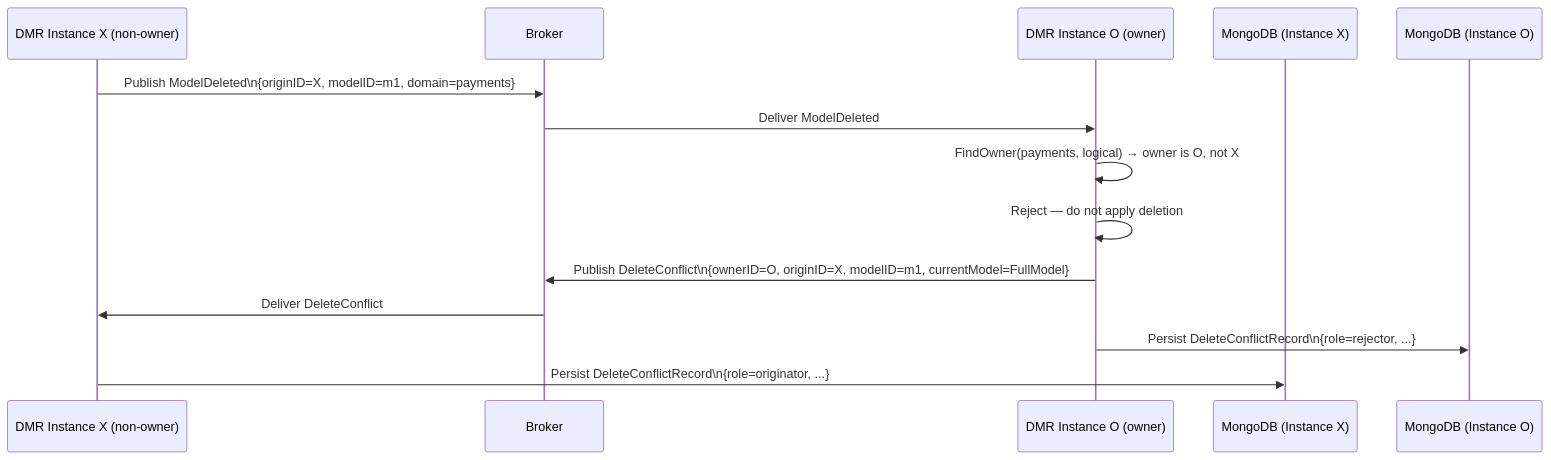
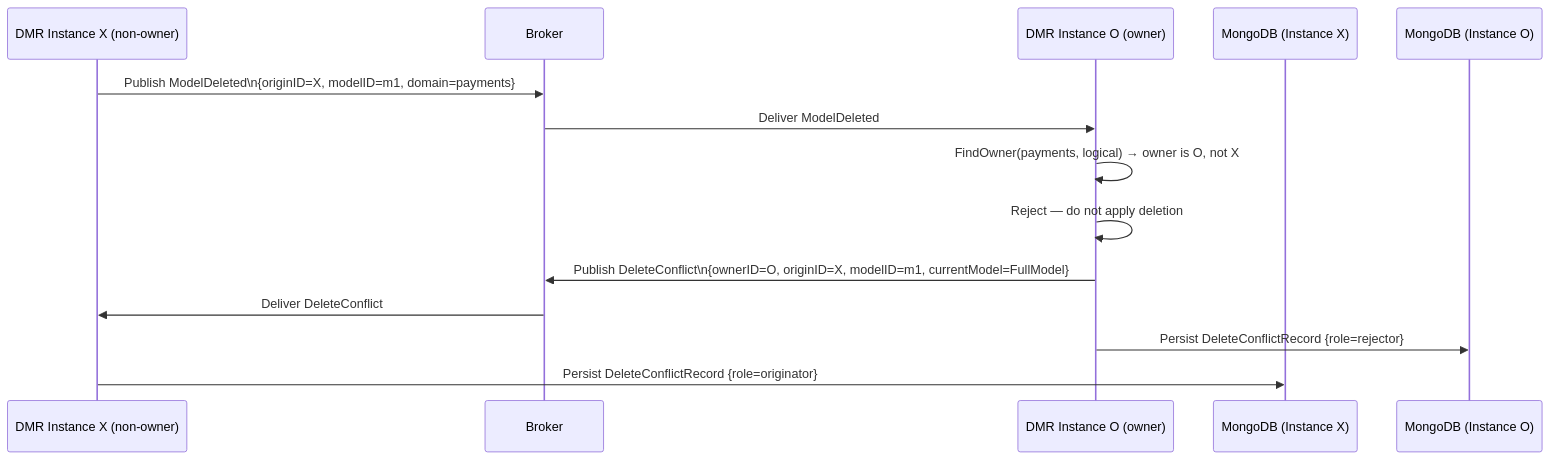
The sixth of 17 diagrams in data-model-registry/dmr-sync-design.md (emirbh/misc), drawn with Mermaid before and after one commit. The commit also changed other lines of this file, not shown here.

````diff
--- a/data-model-registry/dmr-sync-design.md
+++ b/data-model-registry/dmr-sync-design.md
@@ -256,19 +305,17 @@
 ```mermaid
 sequenceDiagram
     participant X as DMR Instance X (non-owner)
     participant B as Broker
     participant O as DMR Instance O (owner)
     participant MX as MongoDB (Instance X)
     participant MO as MongoDB (Instance O)
 
     X->>B: Publish ModelDeleted\n{originID=X, modelID=m1, domain=payments}
     B->>O: Deliver ModelDeleted
-
     O->>O: FindOwner(payments, logical) → owner is O, not X
     O->>O: Reject — do not apply deletion
     O->>B: Publish DeleteConflict\n{ownerID=O, originID=X, modelID=m1, currentModel=FullModel}
-
     B->>X: Deliver DeleteConflict
-    O->>MO: Persist DeleteConflictRecord\n{role=rejector, ...}
-    X->>MX: Persist DeleteConflictRecord\n{role=originator, ...}
+    O->>MO: Persist DeleteConflictRecord {role=rejector}
+    X->>MX: Persist DeleteConflictRecord {role=originator}
 ```
````
